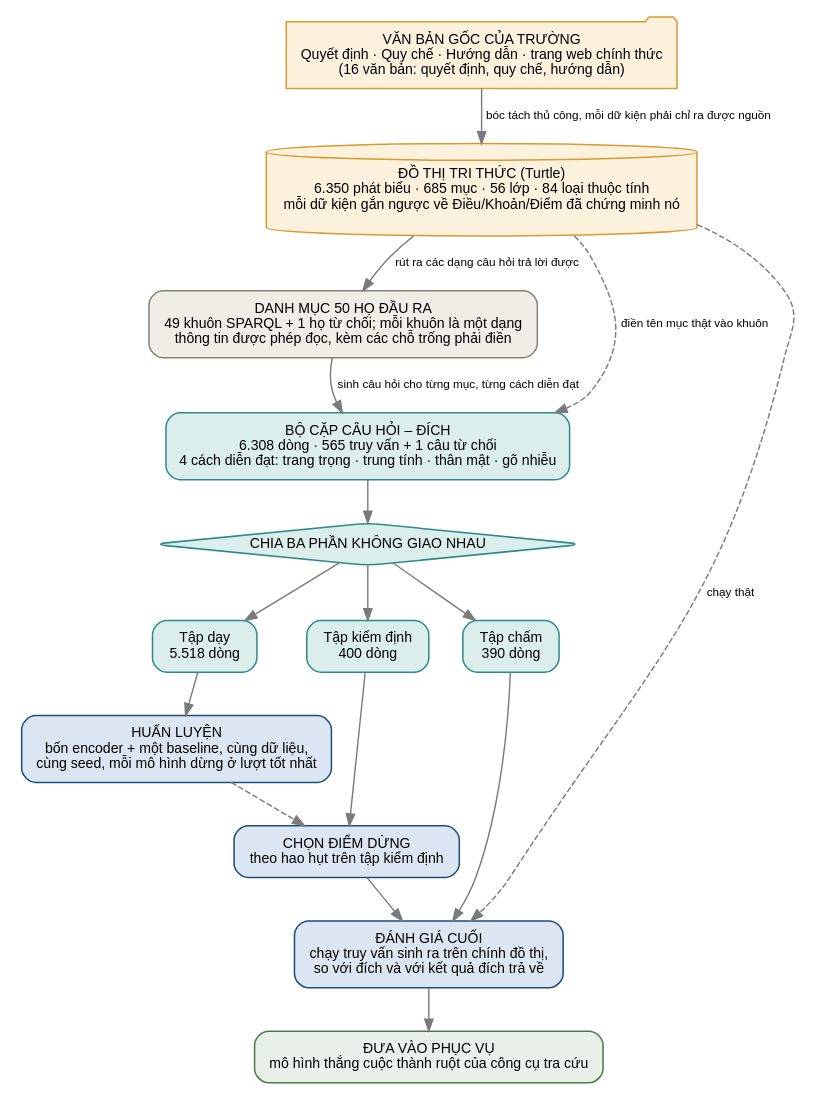
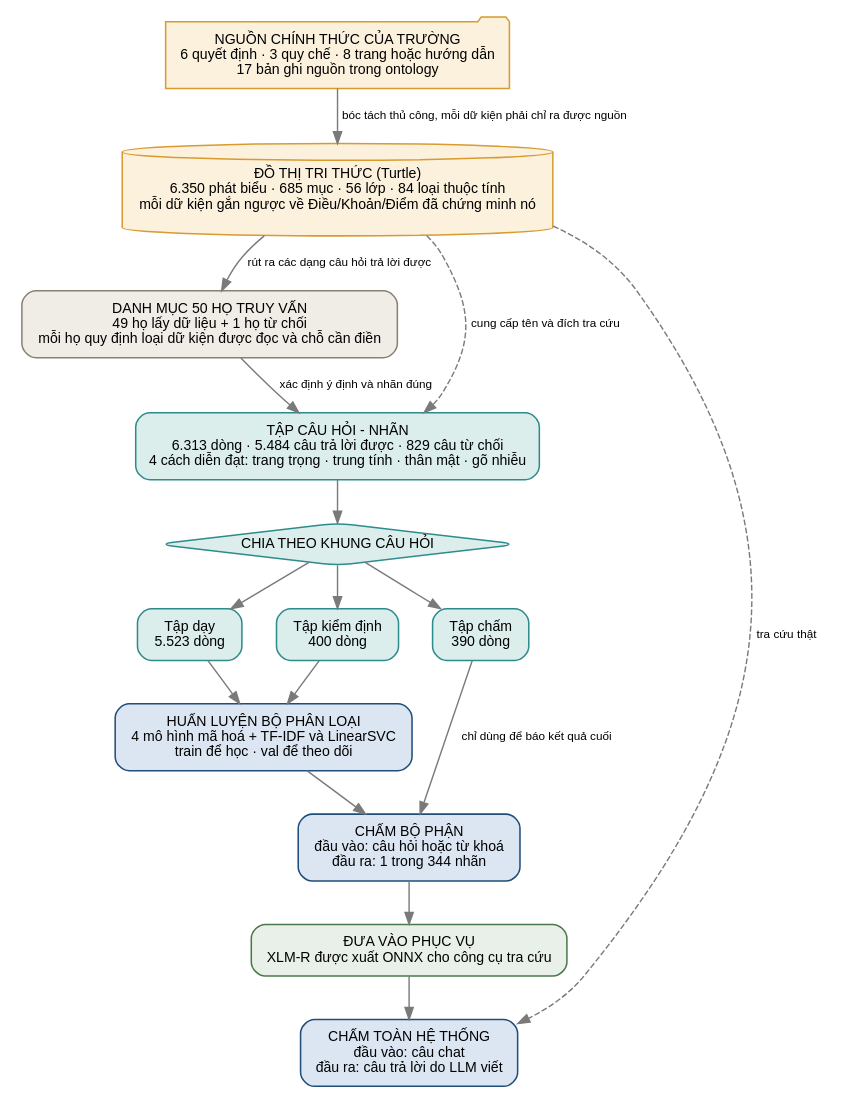
The diagram in artifacts/figures/data-flow.dot (vpthinh19/ontology-chatbot), drawn with Graphviz before and after one commit. The commit also changed 19 other files, not shown here.

```diff
--- a/artifacts/figures/data-flow.dot
+++ b/artifacts/figures/data-flow.dot
@@ -1,46 +1,46 @@
 digraph luong_du_lieu {
   pad=0.15;
   rankdir=TB; bgcolor="white"; nodesep=0.4; ranksep=0.5;
   node [shape=box, style="rounded,filled", fontname="Liberation Sans", fontsize=12,
         penwidth=1.3, margin="0.20,0.12"];
   edge [fontname="Liberation Sans", fontsize=10, color="#7a7a7a", penwidth=1.2];
 
-  vb [label="VĂN BẢN GỐC CỦA TRƯỜNG\nQuyết định · Quy chế · Hướng dẫn · trang web chính thức\n(16 văn bản: quyết định, quy chế, hướng dẫn)",
+  vb [label="NGUỒN CHÍNH THỨC CỦA TRƯỜNG\n6 quyết định · 3 quy chế · 8 trang hoặc hướng dẫn\n17 bản ghi nguồn trong ontology",
       shape=folder, style=filled, fillcolor="#fbf1dd", color="#d99b30"];
 
   onto [label="ĐỒ THỊ TRI THỨC (Turtle)\n6.350 phát biểu · 685 mục · 56 lớp · 84 loại thuộc tính\nmỗi dữ kiện gắn ngược về Điều/Khoản/Điểm đã chứng minh nó",
         shape=cylinder, style=filled, fillcolor="#fbf1dd", color="#d99b30"];
 
-  dm [label="DANH MỤC 50 HỌ ĐẦU RA\n49 khuôn SPARQL + 1 họ từ chối; mỗi khuôn là một dạng\nthông tin được phép đọc, kèm các chỗ trống phải điền",
+  dm [label="DANH MỤC 50 HỌ TRUY VẤN\n49 họ lấy dữ liệu + 1 họ từ chối\nmỗi họ quy định loại dữ kiện được đọc và chỗ cần điền",
       fillcolor="#f0ece6", color="#8a8175"];
 
-  cap [label="BỘ CẶP CÂU HỎI – ĐÍCH\n6.308 dòng · 565 truy vấn + 1 câu từ chối\n4 cách diễn đạt: trang trọng · trung tính · thân mật · gõ nhiễu",
+  cap [label="TẬP CÂU HỎI - NHÃN\n6.313 dòng · 5.484 câu trả lời được · 829 câu từ chối\n4 cách diễn đạt: trang trọng · trung tính · thân mật · gõ nhiễu",
        fillcolor="#dbeeec", color="#2e8b8b"];
 
-  chia [label="CHIA BA PHẦN KHÔNG GIAO NHAU", shape=diamond, fillcolor="#dbeeec",
+  chia [label="CHIA THEO KHUNG CÂU HỎI", shape=diamond, fillcolor="#dbeeec",
         color="#2e8b8b", margin="0.12,0.04"];
-  day  [label="Tập dạy\n5.518 dòng", fillcolor="#dbeeec", color="#2e8b8b"];
+  day  [label="Tập dạy\n5.523 dòng", fillcolor="#dbeeec", color="#2e8b8b"];
   kd   [label="Tập kiểm định\n400 dòng", fillcolor="#dbeeec", color="#2e8b8b"];
   cham [label="Tập chấm\n390 dòng", fillcolor="#dbeeec", color="#2e8b8b"];
 
-  train [label="HUẤN LUYỆN\nbốn encoder + một baseline, cùng dữ liệu,\ncùng seed, mỗi mô hình dừng ở lượt tốt nhất", fillcolor="#dce6f2", color="#1f4e79"];
-  chon  [label="CHỌN ĐIỂM DỪNG\ntheo hao hụt trên tập kiểm định", fillcolor="#dce6f2", color="#1f4e79"];
-  danh  [label="ĐÁNH GIÁ CUỐI\nchạy truy vấn sinh ra trên chính đồ thị,\nso với đích và với kết quả đích trả về", fillcolor="#dce6f2", color="#1f4e79"];
-  phuc  [label="ĐƯA VÀO PHỤC VỤ\nmô hình thắng cuộc thành ruột của công cụ tra cứu",
+  train [label="HUẤN LUYỆN BỘ PHÂN LOẠI\n4 mô hình mã hoá + TF-IDF và LinearSVC\ntrain để học · val để theo dõi", fillcolor="#dce6f2", color="#1f4e79"];
+  chon  [label="CHẤM BỘ PHẬN\nđầu vào: câu hỏi hoặc từ khoá\nđầu ra: 1 trong 344 nhãn", fillcolor="#dce6f2", color="#1f4e79"];
+  danh  [label="CHẤM TOÀN HỆ THỐNG\nđầu vào: câu chat\nđầu ra: câu trả lời do LLM viết", fillcolor="#dce6f2", color="#1f4e79"];
+  phuc  [label="ĐƯA VÀO PHỤC VỤ\nXLM-R được xuất ONNX cho công cụ tra cứu",
          fillcolor="#e9f0e9", color="#4a7a4a"];
 
   vb -> onto [label="  bóc tách thủ công, mỗi dữ kiện phải chỉ ra được nguồn  "];
   onto -> dm [label="  rút ra các dạng câu hỏi trả lời được  "];
-  dm -> cap  [label="  sinh câu hỏi cho từng mục, từng cách diễn đạt  "];
-  onto -> cap [label="  điền tên mục thật vào khuôn  ", style=dashed];
+  dm -> cap  [label="  xác định ý định và nhãn đúng  "];
+  onto -> cap [label="  cung cấp tên và đích tra cứu  ", style=dashed];
   cap -> chia;
   chia -> day; chia -> kd; chia -> cham;
   day -> train;
-  kd -> chon;
-  train -> chon [style=dashed];
-  chon -> danh;
-  cham -> danh;
-  onto -> danh [label="  chạy thật  ", style=dashed, constraint=false];
-  danh -> phuc;
+  kd -> train;
+  train -> chon;
+  cham -> chon [label="  chỉ dùng để báo kết quả cuối  "];
+  chon -> phuc;
+  phuc -> danh;
+  onto -> danh [label="  tra cứu thật  ", style=dashed, constraint=false];
   { rank=same; day; kd; cham; }
 }
```
